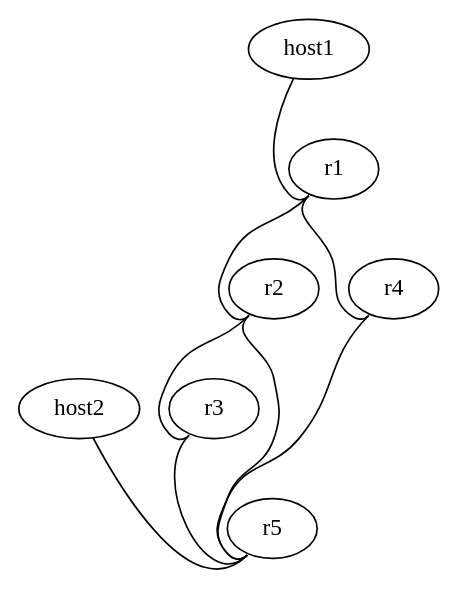
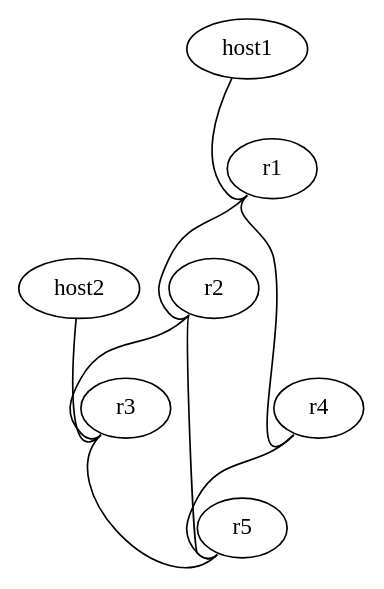
One commit to chronot1995/cumulus-segment-routing changed the diagram in documentation/cumulus-segment-routing.dot. Above: the diagram before and after it, drawn with Graphviz. The commit also changed 8 other files, not shown here.

```diff
--- a/documentation/cumulus-segment-routing.dot
+++ b/documentation/cumulus-segment-routing.dot
@@ -1,19 +1,19 @@
 graph training {
- "r1" [function="leaf" os="CumulusCommunity/cumulus-vx" version="3.6.2" memory="1024" config="./helper_scripts/extra_switch_config.sh" mgmt_ip="192.168.200.1"]
- "r2" [function="leaf" os="CumulusCommunity/cumulus-vx" version="3.6.2" memory="1024" config="./helper_scripts/extra_switch_config.sh" mgmt_ip="192.168.200.2"]
- "r3" [function="leaf" os="CumulusCommunity/cumulus-vx" version="3.6.2" memory="1024" config="./helper_scripts/extra_switch_config.sh" mgmt_ip="192.168.200.3"]
- "r4" [function="leaf" os="CumulusCommunity/cumulus-vx" version="3.6.2" memory="1024" config="./helper_scripts/extra_switch_config.sh" mgmt_ip="192.168.200.4"]
- "r5" [function="leaf" os="CumulusCommunity/cumulus-vx" version="3.6.2" memory="1024" config="./helper_scripts/extra_switch_config.sh" mgmt_ip="192.168.200.5"]
- "host1" [function="host" os="yk0/ubuntu-xenial" memory="768" config="./helper_scripts/extra_server_config.sh" mgmt_ip="192.168.200.11"]
- "host2" [function="host" os="yk0/ubuntu-xenial" memory="768" config="./helper_scripts/extra_server_config.sh" mgmt_ip="192.168.200.12"]
+ "r1" [function="leaf" os="CumulusCommunity/cumulus-vx" version="3.7.8" memory="1024" config="./helper_scripts/extra_switch_config.sh" mgmt_ip="192.168.200.1"]
+ "r2" [function="leaf" os="CumulusCommunity/cumulus-vx" version="3.7.8" memory="1024" config="./helper_scripts/extra_switch_config.sh" mgmt_ip="192.168.200.2"]
+ "r3" [function="leaf" os="CumulusCommunity/cumulus-vx" version="3.7.8" memory="1024" config="./helper_scripts/extra_switch_config.sh" mgmt_ip="192.168.200.3"]
+ "r4" [function="leaf" os="CumulusCommunity/cumulus-vx" version="3.7.8" memory="1024" config="./helper_scripts/extra_switch_config.sh" mgmt_ip="192.168.200.4"]
+ "r5" [function="leaf" os="CumulusCommunity/cumulus-vx" version="3.7.8" memory="1024" config="./helper_scripts/extra_switch_config.sh" mgmt_ip="192.168.200.5"]
+ "host1" [function="host" os="generic/ubuntu1804" memory="768" config="./helper_scripts/extra_server_config.sh" mgmt_ip="192.168.200.11"]
+ "host2" [function="host" os="generic/ubuntu1804" memory="768" config="./helper_scripts/extra_server_config.sh" mgmt_ip="192.168.200.12"]
 
  "r1":"swp2" -- "r2":"swp1"
  "r1":"swp4" -- "r4":"swp1"
  "r2":"swp3" -- "r3":"swp2"
  "r2":"swp5" -- "r5":"swp2"
  "r3":"swp5" -- "r5":"swp3"
  "r4":"swp5" -- "r5":"swp4"
  "host1":"eth1" -- "r1":"swp10"
- "host2":"eth1" -- "r5":"swp10"
+ "host2":"eth1" -- "r3":"swp10"
 
  }
```
